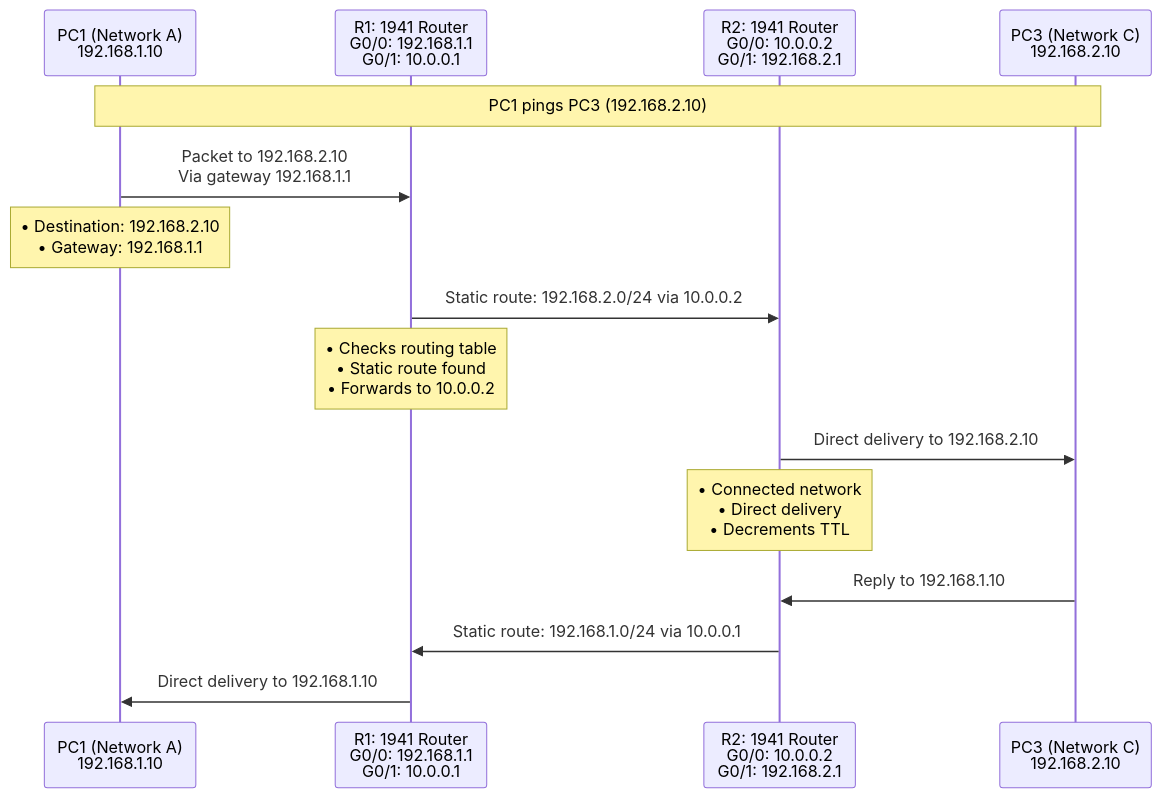
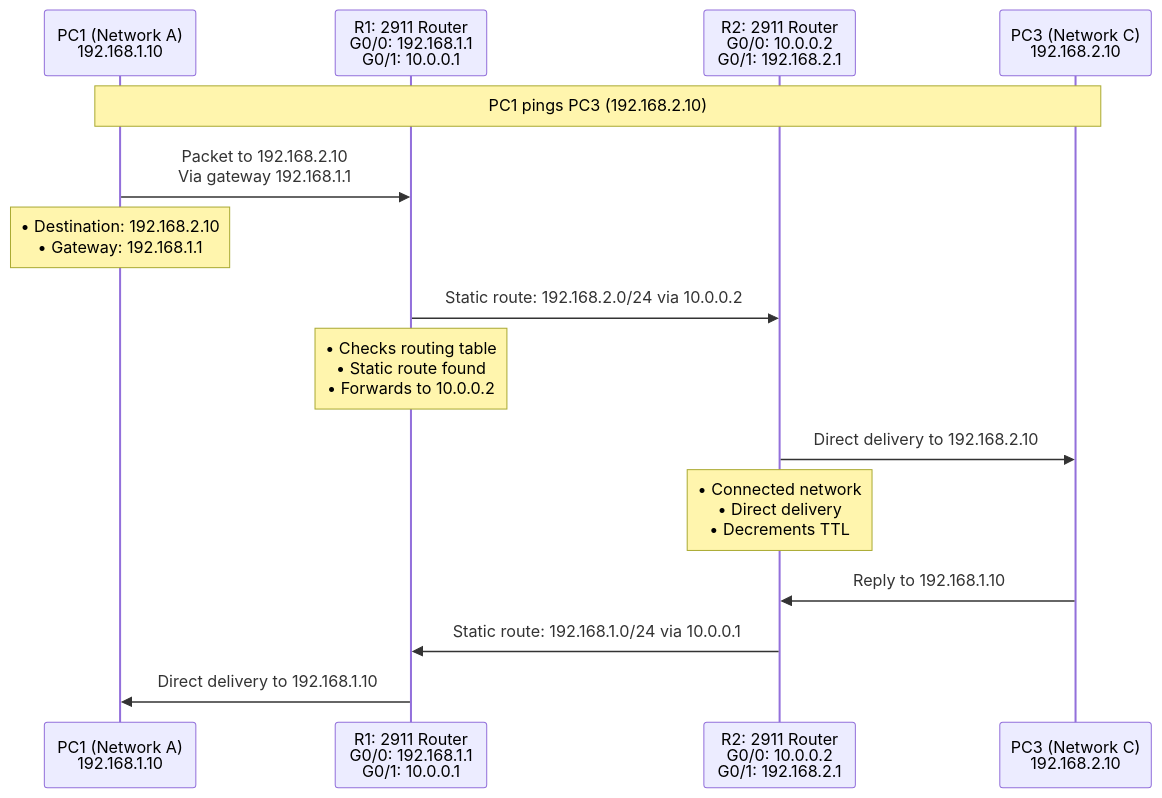
One commit to rick-homelab/ccna-handson-labs changed the second of 4 diagrams in project-6/README.md. Above: the diagram before and after it, drawn with Mermaid. The commit also changed other lines of this file, not shown here.

````diff
--- a/project-6/README.md
+++ b/project-6/README.md
@@ -78,22 +78,22 @@
 ```mermaid
 sequenceDiagram
     participant PC1 as PC1 (Network A)<br/>192.168.1.10
-    participant R1 as R1: 1941 Router<br/>G0/0: 192.168.1.1<br/>G0/1: 10.0.0.1
-    participant R2 as R2: 1941 Router<br/>G0/0: 10.0.0.2<br/>G0/1: 192.168.2.1
+    participant R1 as R1: 2911 Router<br/>G0/0: 192.168.1.1<br/>G0/1: 10.0.0.1
+    participant R2 as R2: 2911 Router<br/>G0/0: 10.0.0.2<br/>G0/1: 192.168.2.1
     participant PC3 as PC3 (Network C)<br/>192.168.2.10
 
     Note over PC1,PC3: PC1 pings PC3 (192.168.2.10)
     
     PC1->>R1: Packet to 192.168.2.10<br/>Via gateway 192.168.1.1
     Note over PC1: • Destination: 192.168.2.10<br/>• Gateway: 192.168.1.1
     
     R1->>R2: Static route: 192.168.2.0/24 via 10.0.0.2
     Note over R1: • Checks routing table<br/>• Static route found<br/>• Forwards to 10.0.0.2
     
     R2->>PC3: Direct delivery to 192.168.2.10
     Note over R2: • Connected network<br/>• Direct delivery<br/>• Decrements TTL
     
     PC3->>R2: Reply to 192.168.1.10
     R2->>R1: Static route: 192.168.1.0/24 via 10.0.0.1
     R1->>PC1: Direct delivery to 192.168.1.10
 ```
````
